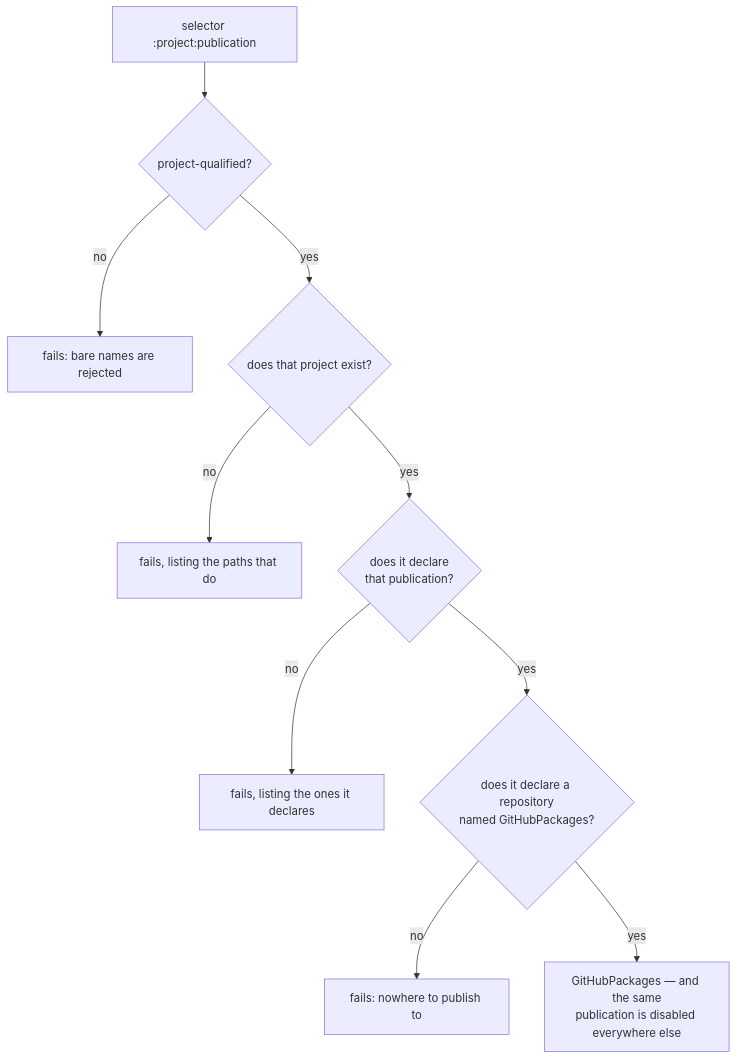
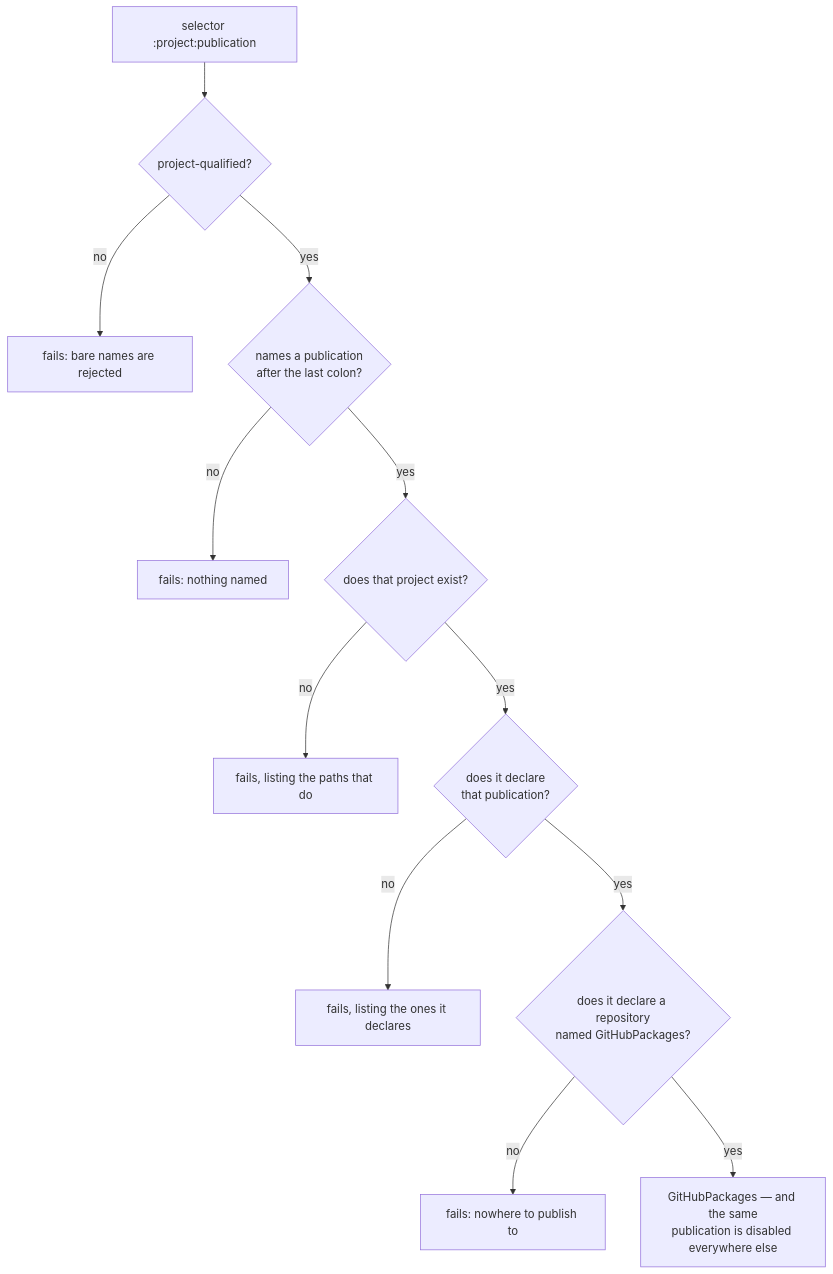
Before and after one commit to octopusden/octopus-base: the third of 5 diagrams in docs/Octopus Release Pipeline.md, drawn with Mermaid. The commit also changed 1 other file, not shown here.

Commit message:
docs: complete the selector gates and neutralise the example
The routing diagram enumerated four validations; there are five. A selector
ending in a colon names no publication and is refused before the project is
looked up.

The guide's example named a specific consumer's module, which the shared
contract deliberately avoids, and showed a separate `shadow` publication as
though splitting one were the norm. It is not: routing takes whichever
publication already carries the artifact.

````diff
--- a/docs/Octopus Release Pipeline.md
+++ b/docs/Octopus Release Pipeline.md
@@ -179,12 +179,14 @@
 ```mermaid
 flowchart TD
     S["selector :project:publication"] --> Q1{"project-qualified?"}
     Q1 -->|no| E1["fails: bare names are rejected"]
-    Q1 -->|yes| Q2{"does that project exist?"}
+    Q1 -->|yes| Q0{"names a publication<br/>after the last colon?"}
+    Q0 -->|no| E0["fails: nothing named"]
+    Q0 -->|yes| Q2{"does that project exist?"}
     Q2 -->|no| E2["fails, listing the paths that do"]
     Q2 -->|yes| Q3{"does it declare<br/>that publication?"}
     Q3 -->|no| E3["fails, listing the ones it declares"]
     Q3 -->|yes| Q4{"does it declare a repository<br/>named GitHubPackages?"}
     Q4 -->|no| E4["fails: nowhere to publish to"]
     Q4 -->|yes| GHP["GitHubPackages — and the same<br/>publication is disabled everywhere else"]
 ```
````
